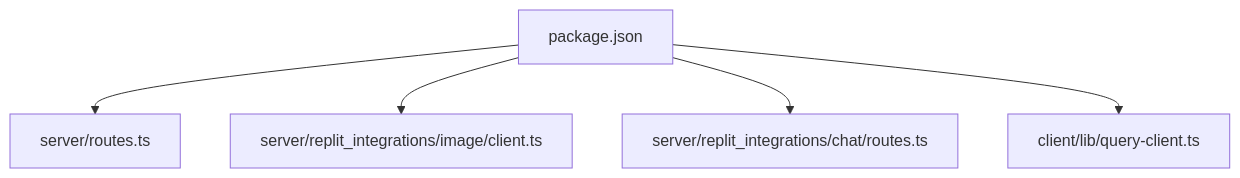
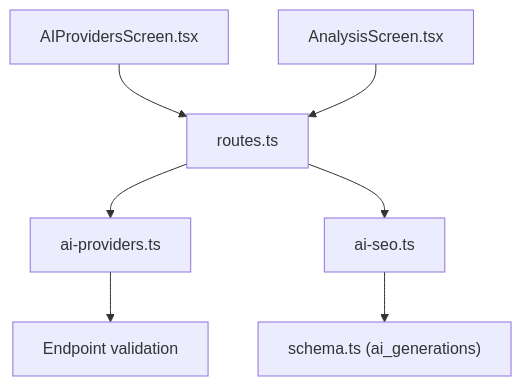
One commit to hunglevi87/Hidden-Gem changed the ninth of 9 diagrams in .qoder/repowiki/en/content/AI Integration/AI Integration.md. Above: the diagram before and after it, drawn with Mermaid. The commit also changed other lines of this file and 99 other files, not shown here.

````diff
--- a/.qoder/repowiki/en/content/AI Integration/AI Integration.md
+++ b/.qoder/repowiki/en/content/AI Integration/AI Integration.md
@@ -322,12 +305,9 @@
 ```mermaid
 graph TB
-PKG["package.json"]
-RT["server/routes.ts"]
-IMGCLI["server/replit_integrations/image/client.ts"]
-CHATRT["server/replit_integrations/chat/routes.ts"]
-QUERY["client/lib/query-client.ts"]
-PKG --> RT
-PKG --> IMGCLI
-PKG --> CHATRT
-PKG --> QUERY
+R["routes.ts"] --> P["ai-providers.ts"]
+R --> S["ai-seo.ts"]
+S --> DB["schema.ts (ai_generations)"]
+P --> SEC["Endpoint validation"]
+UI["AIProvidersScreen.tsx"] --> R
+UI2["AnalysisScreen.tsx"] --> R
 ```
````
